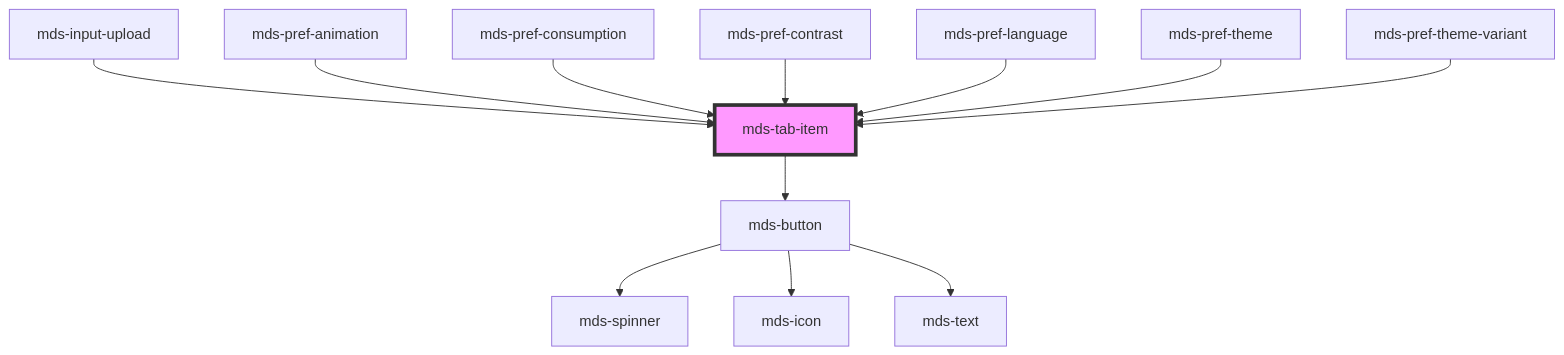
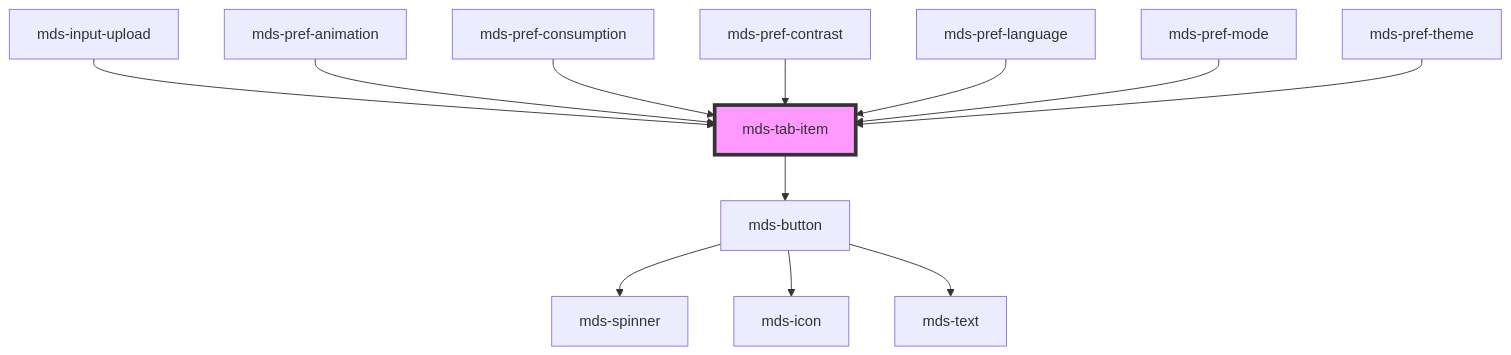
One commit to magma-design-system/magma changed the diagram in projects/stencil/src/components/mds-tab-item/readme.md. Above: the diagram before and after it, drawn with Mermaid. The commit also changed other lines of this file and 304 other files, not shown here.

First line of the commit message:
change(stencil): name the mode mode and the named theme theme

````diff
--- a/projects/stencil/src/components/mds-tab-item/readme.md
+++ b/projects/stencil/src/components/mds-tab-item/readme.md
@@ -381,15 +381,15 @@
 ```mermaid
 graph TD;
   mds-tab-item --> mds-button
   mds-button --> mds-spinner
   mds-button --> mds-icon
   mds-button --> mds-text
   mds-input-upload --> mds-tab-item
   mds-pref-animation --> mds-tab-item
   mds-pref-consumption --> mds-tab-item
   mds-pref-contrast --> mds-tab-item
   mds-pref-language --> mds-tab-item
+  mds-pref-mode --> mds-tab-item
   mds-pref-theme --> mds-tab-item
-  mds-pref-theme-variant --> mds-tab-item
   style mds-tab-item fill:#f9f,stroke:#333,stroke-width:4px
 ```
````
